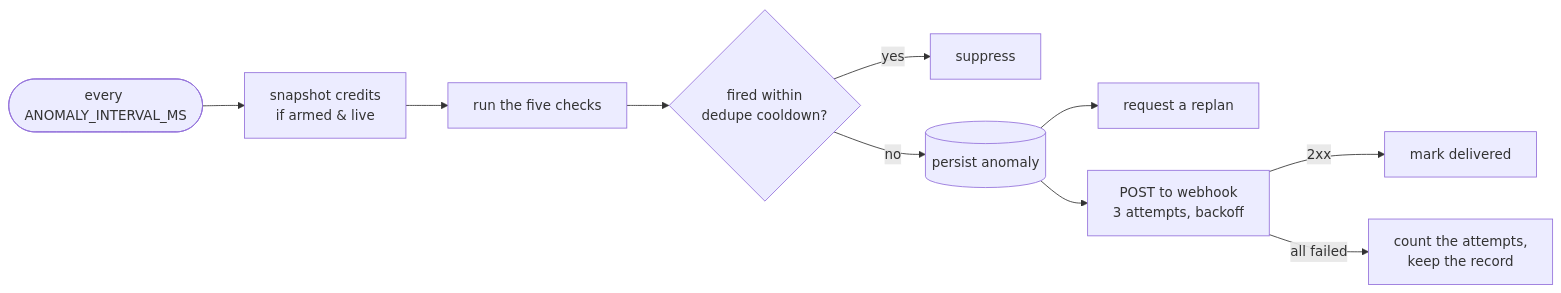
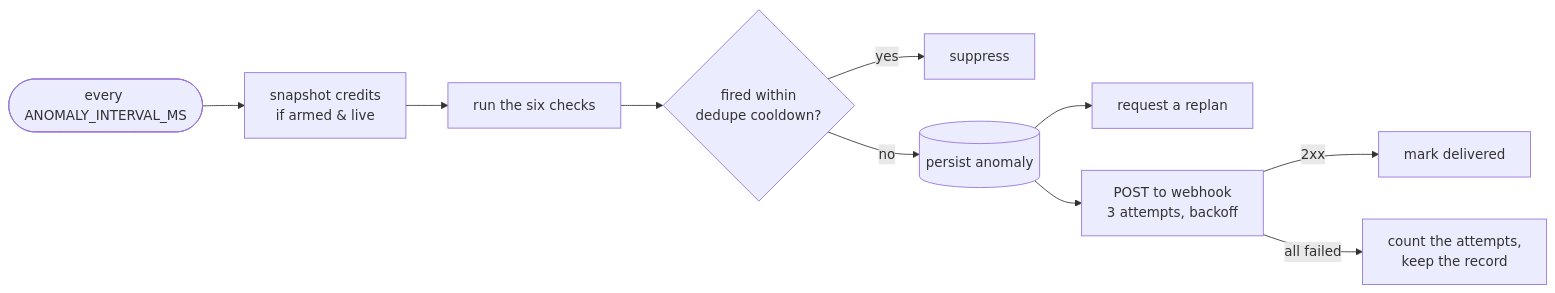
The ninth of 9 diagrams in README.md (V-M-Pioneer-Trading/automation-service), drawn with Mermaid before and after one commit. The commit also changed other lines of this file and 8 other files, not shown here.

````diff
--- a/README.md
+++ b/README.md
@@ -522,12 +533,12 @@
 ```mermaid
 flowchart LR
     I([every ANOMALY_INTERVAL_MS]) --> S[snapshot credits<br/>if armed & live]
-    S --> C[run the five checks]
+    S --> C[run the six checks]
     C --> D{fired within<br/>dedupe cooldown?}
     D -->|yes| Q[suppress]
     D -->|no| P[(persist anomaly)]
     P --> R[request a replan]
     P --> W[POST to webhook<br/>3 attempts, backoff]
     W -->|2xx| OK[mark delivered]
     W -->|all failed| NO[count the attempts,<br/>keep the record]
 ```
````
